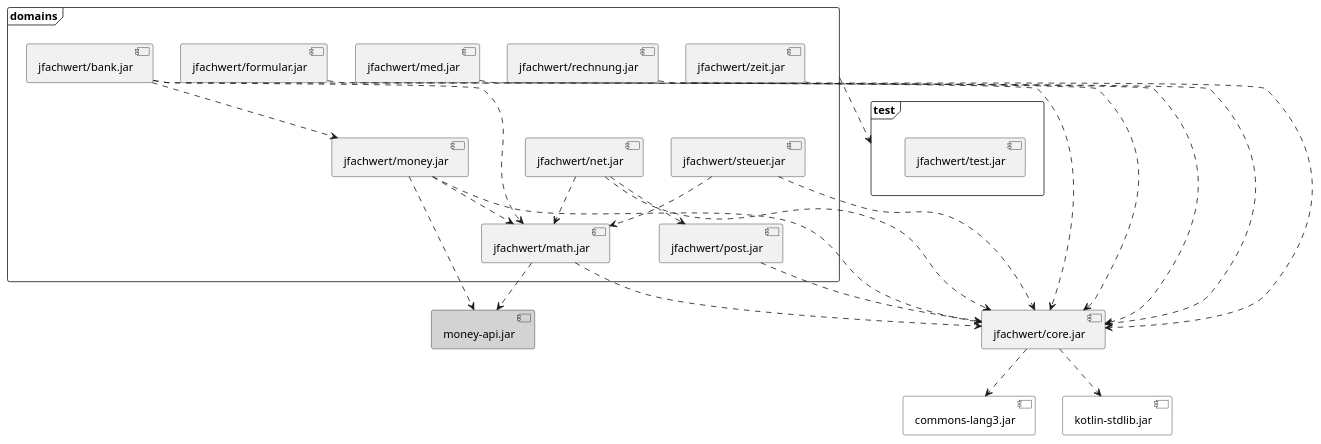
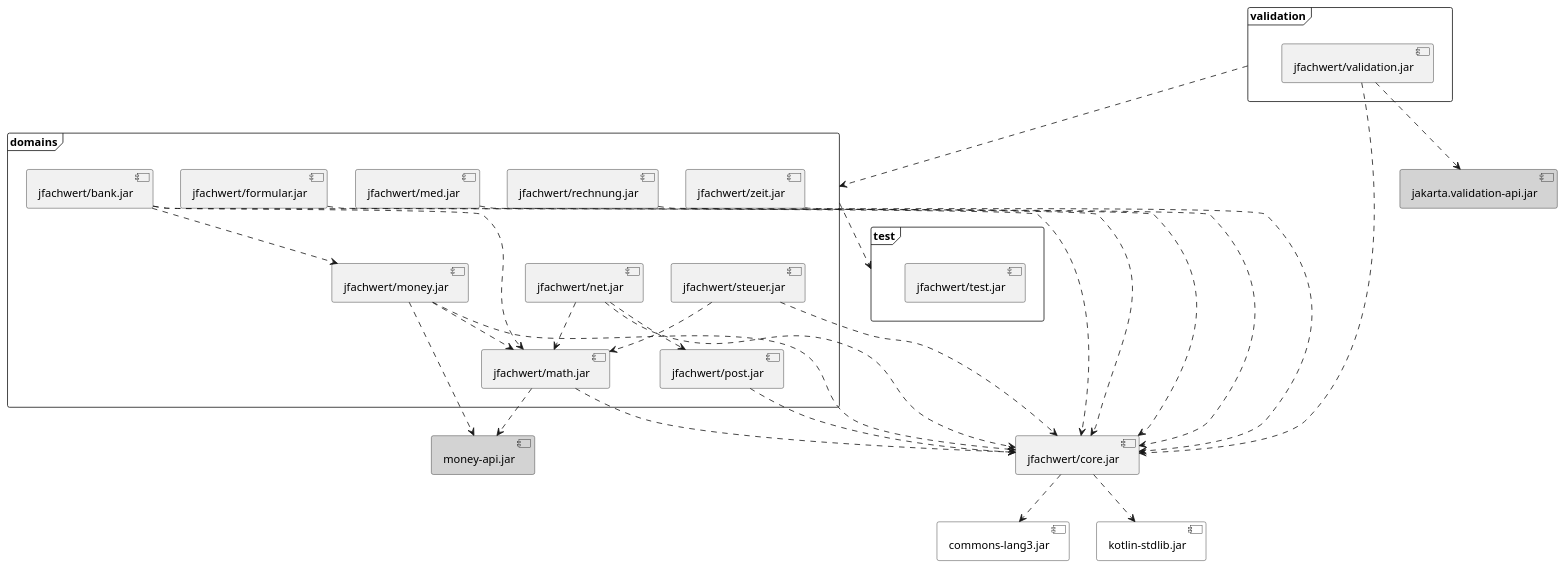
The diagram in src/main/asciidoc/images/dependencies.puml (oboehm/jfachwert), drawn with PlantUML before and after one commit. The commit also changed 6 other files, not shown here.

```diff
--- a/src/main/asciidoc/images/dependencies.puml
+++ b/src/main/asciidoc/images/dependencies.puml
@@ -1,58 +1,67 @@
 @startuml
 
 frame "domains" {
     [jfachwert/bank.jar]
     [jfachwert/formular.jar]
     [jfachwert/math.jar]
     [jfachwert/med.jar]
     [jfachwert/money.jar]
     [jfachwert/net.jar]
     [jfachwert/post.jar]
     [jfachwert/rechnung.jar]
     [jfachwert/steuer.jar]
     [jfachwert/zeit.jar]
 }
 
 [jfachwert/core.jar] ..>     [commons-lang3.jar]
 
 [jfachwert/core.jar] ..> [kotlin-stdlib.jar]
 
 [jfachwert/bank.jar] ..> [jfachwert/core.jar]
 [jfachwert/bank.jar] ..> [jfachwert/math.jar]
 [jfachwert/bank.jar] ..> [jfachwert/money.jar]
 
 [jfachwert/formular.jar] ..> [jfachwert/core.jar]
 
 [jfachwert/math.jar] ..> [jfachwert/core.jar]
 [jfachwert/math.jar] ..> [money-api.jar]
 
 [jfachwert/med.jar] ..> [jfachwert/core.jar]
 
 [jfachwert/money.jar] ..> [jfachwert/core.jar]
 [jfachwert/money.jar] ..> [jfachwert/math.jar]
 [jfachwert/money.jar] ..> [money-api.jar]
 
 [jfachwert/net.jar] ..> [jfachwert/core.jar]
 [jfachwert/net.jar] ..> [jfachwert/math.jar]
 [jfachwert/net.jar] ..> [jfachwert/post.jar]
 
 [jfachwert/post.jar] ..> [jfachwert/core.jar]
 
 [jfachwert/rechnung.jar] ..> [jfachwert/core.jar]
 
 [jfachwert/steuer.jar] ..> [jfachwert/core.jar]
 [jfachwert/steuer.jar] ..> [jfachwert/math.jar]
 
 [jfachwert/zeit.jar] ..> [jfachwert/core.jar]
 
 [commons-lang3.jar] #White
 [kotlin-stdlib.jar] #White
 [money-api.jar] #Lightgrey
+[jakarta.validation-api.jar] #Lightgrey
 
 frame "test" {
     [jfachwert/test.jar]
 }
 
 domains ..> test
 
+frame "validation" {
+    [jfachwert/validation.jar]
+}
+
+validation ..> "domains"
+[jfachwert/validation.jar] ..> [jfachwert/core.jar]
+[jfachwert/validation.jar] ..> [jakarta.validation-api.jar]
+
 @enduml
```
